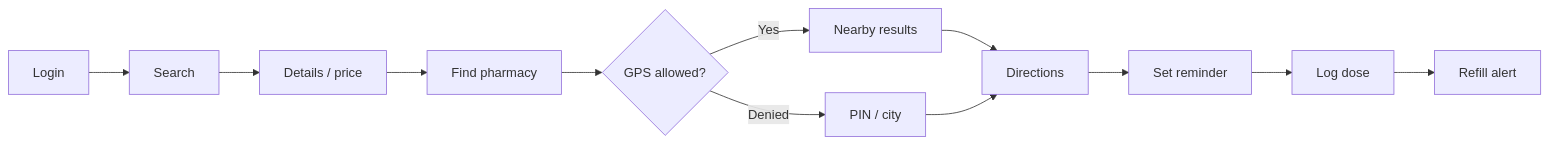
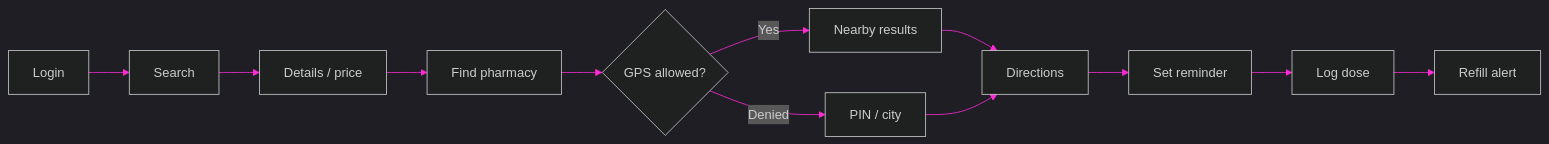
The third of 5 diagrams in README.md (ratnsharma21/MediFinder), drawn with Mermaid before and after one commit. The commit also changed other lines of this file, not shown here.

````diff
--- a/README.md
+++ b/README.md
@@ -346,14 +357,15 @@
 ```mermaid
+%%{init: {'theme':'dark','themeVariables': {'primaryColor':'#0f766e','primaryTextColor':'#ccfbf1','lineColor':'#ff2bd6','secondaryColor':'#1e1b4b'}}}%%
 flowchart LR
   A["Login"] --> B["Search"]
   B --> C["Details / price"]
   C --> D["Find pharmacy"]
   D --> E{"GPS allowed?"}
   E -->|Yes| F["Nearby results"]
   E -->|Denied| G["PIN / city"]
   F --> H["Directions"]
   G --> H
   H --> I["Set reminder"]
   I --> J["Log dose"]
   J --> K["Refill alert"]
 ```
````
